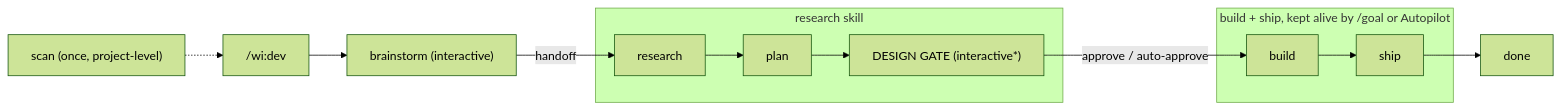
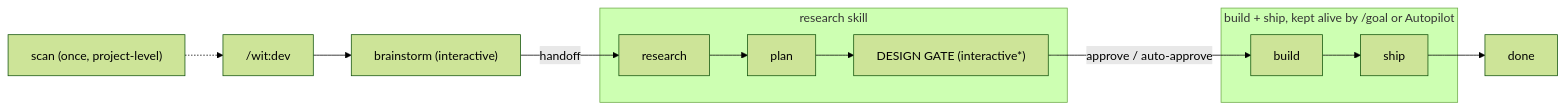
One commit to Wittenberger-Industries/wi-plugin changed the diagram in references/workflow.md. Above: the diagram before and after it, drawn with Mermaid (forest theme). The commit also changed other lines of this file and 71 other files, not shown here.

````diff
--- a/references/workflow.md
+++ b/references/workflow.md
@@ -18,14 +18,14 @@
 ```mermaid
 flowchart LR
-  scan["scan (once, project-level)"] -.-> dev["/wi:dev"]
+  scan["scan (once, project-level)"] -.-> dev["/wit:dev"]
   dev --> bstorm["brainstorm (interactive)"]
   bstorm -- "handoff" --> research
   subgraph rskill["research skill"]
     research --> plan --> gate["DESIGN GATE (interactive*)"]
   end
   gate -- "approve / auto-approve" --> build
   subgraph keepalive["build + ship, kept alive by /goal or Autopilot"]
     build --> ship
   end
   ship --> done
 ```
````
